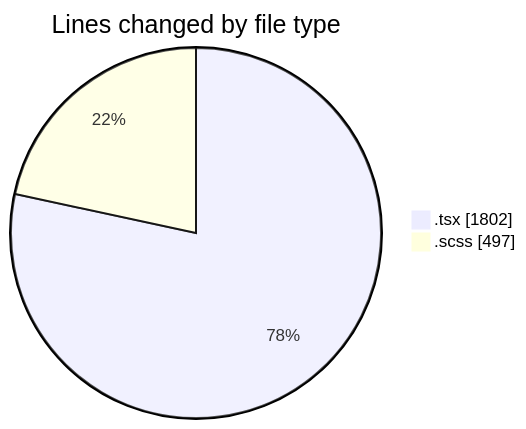
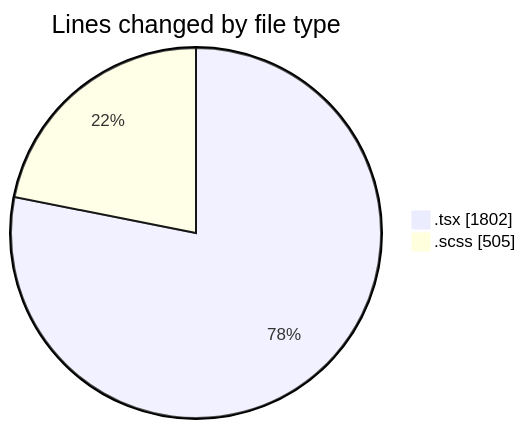
One commit to momahboobian/code-tracking changed the first of 2 diagrams in 2025-10-03/cda/README.md. Above: the diagram before and after it, drawn with Mermaid. The commit also changed other lines of this file and 1 other file, not shown here.

````diff
--- a/2025-10-03/cda/README.md
+++ b/2025-10-03/cda/README.md
@@ -24,6 +24,6 @@
 ```mermaid
 pie showData
 title Lines changed by file type
 ".tsx" : 1802
-".scss" : 497
+".scss" : 505
 ```
````
